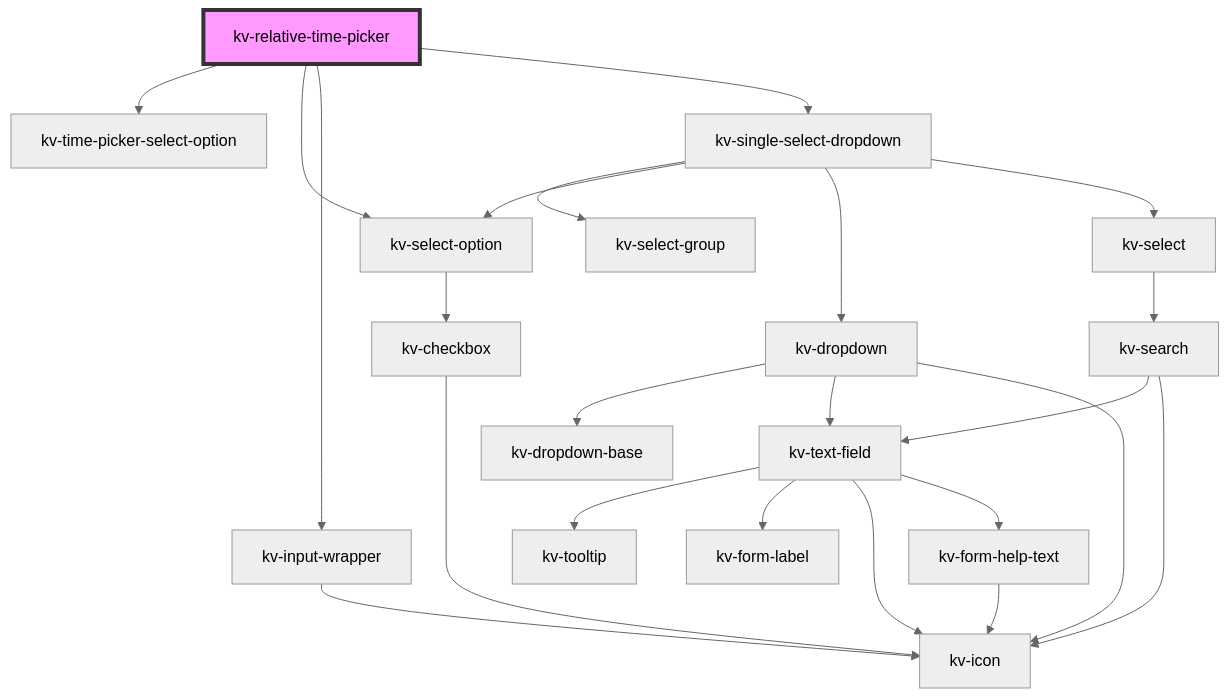
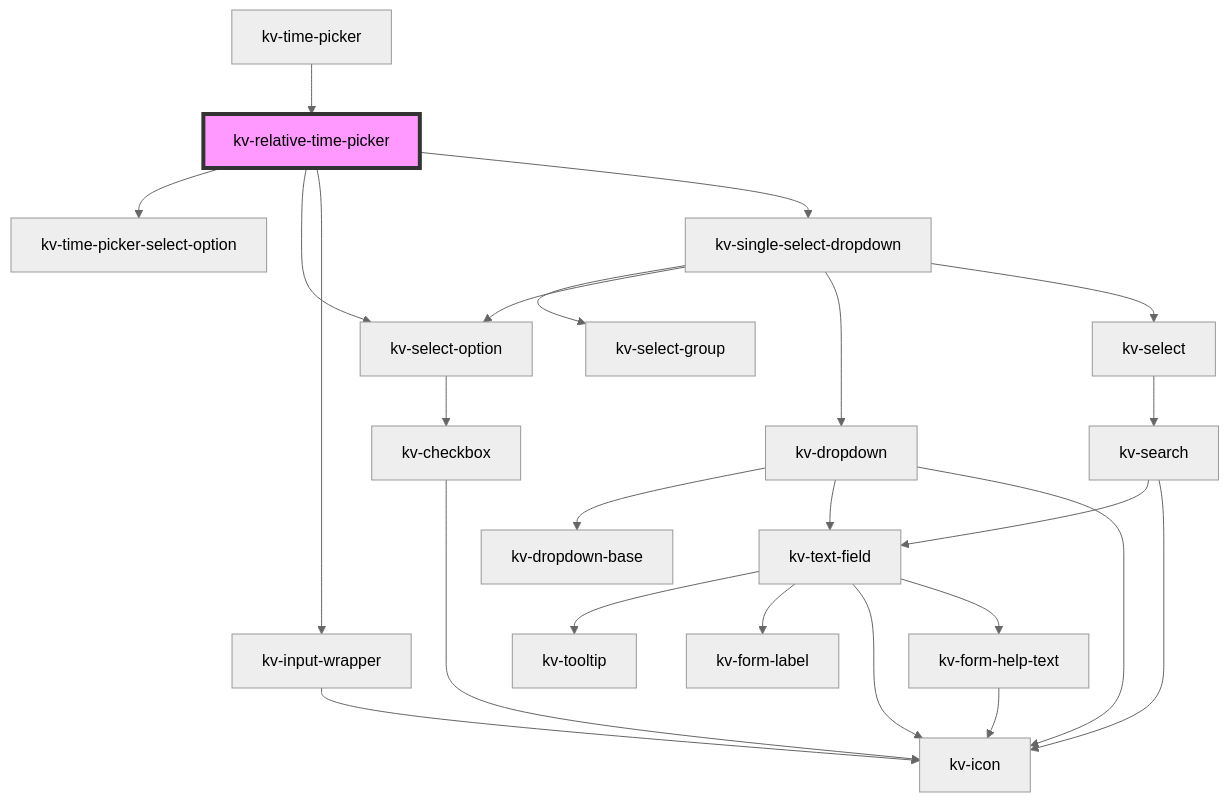
Before and after one commit to kelvininc/ui-components: the diagram in packages/ui-components/src/components/relative-time-picker/readme.md, drawn with Mermaid (neutral theme). The commit also changed other lines of this file and 46 other files, not shown here.

Commit message:
feat(time-range): add new time range picker component

````diff
--- a/packages/ui-components/src/components/relative-time-picker/readme.md
+++ b/packages/ui-components/src/components/relative-time-picker/readme.md
@@ -85,26 +92,27 @@
 ```mermaid
 graph TD;
   kv-relative-time-picker --> kv-time-picker-select-option
   kv-relative-time-picker --> kv-select-option
   kv-relative-time-picker --> kv-input-wrapper
   kv-relative-time-picker --> kv-single-select-dropdown
   kv-select-option --> kv-checkbox
   kv-checkbox --> kv-icon
   kv-input-wrapper --> kv-icon
   kv-single-select-dropdown --> kv-select-group
   kv-single-select-dropdown --> kv-select-option
   kv-single-select-dropdown --> kv-dropdown
   kv-single-select-dropdown --> kv-select
   kv-dropdown --> kv-dropdown-base
   kv-dropdown --> kv-text-field
   kv-dropdown --> kv-icon
   kv-text-field --> kv-tooltip
   kv-text-field --> kv-form-label
   kv-text-field --> kv-icon
   kv-text-field --> kv-form-help-text
   kv-form-help-text --> kv-icon
   kv-select --> kv-search
   kv-search --> kv-text-field
   kv-search --> kv-icon
+  kv-time-picker --> kv-relative-time-picker
   style kv-relative-time-picker fill:#f9f,stroke:#333,stroke-width:4px
 ```
````
